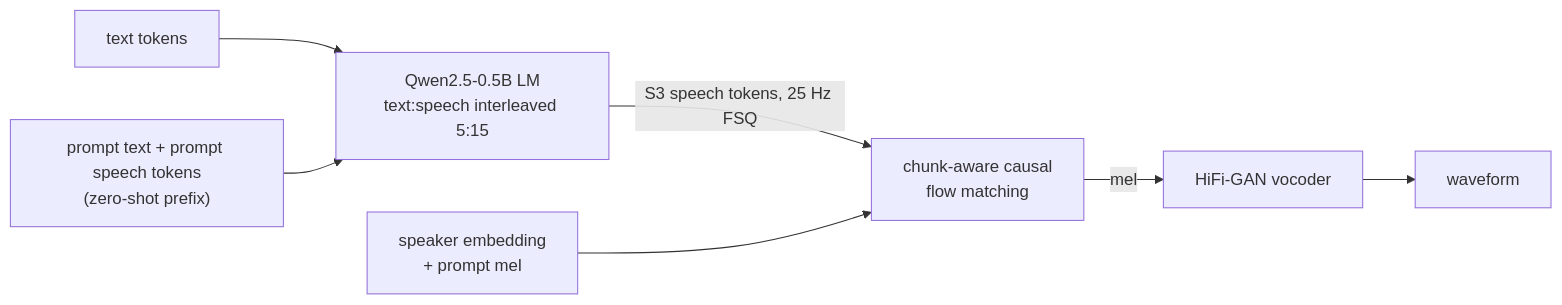
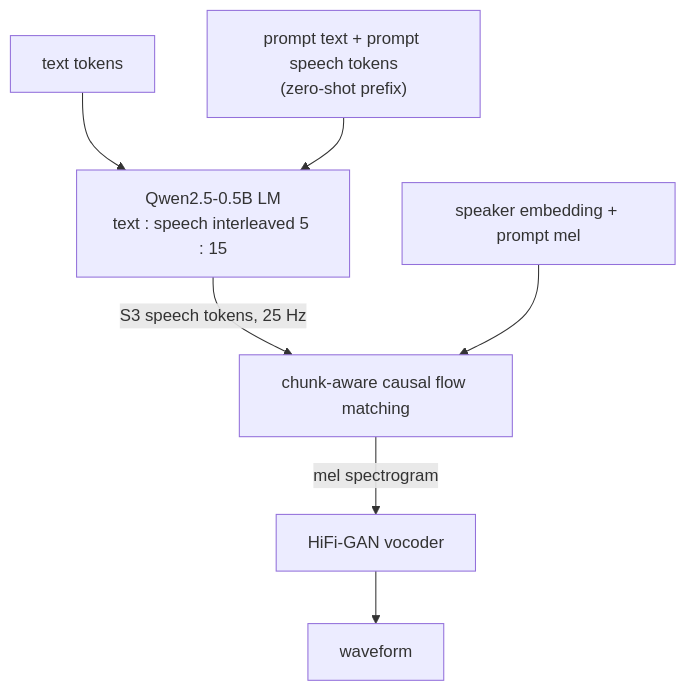
The third of 4 diagrams in Interview prep/Days/Day 07 - Seminar and speech basics.md (jayavardhan-g/projects-vault), drawn with Mermaid before and after one commit. The commit also changed other lines of this file and 12 other files, not shown here.

First line of the commit message:
projects: Days 2-14 "Code, explained": full-width top-to-bottom diagrams, a figure per section, and a step-by-step flow per day

````diff
--- a/Interview prep/Days/Day 07 - Seminar and speech basics.md
+++ b/Interview prep/Days/Day 07 - Seminar and speech basics.md
@@ -169,8 +183,9 @@
 ```mermaid
-flowchart LR
-  TXT["text tokens"] --> LM["Qwen2.5-0.5B LM<br/>text:speech interleaved 5:15"]
+flowchart TB
+  TXT["text tokens"] --> LM["Qwen2.5-0.5B LM<br/>text : speech interleaved 5 : 15"]
   PR["prompt text + prompt speech tokens<br/>(zero-shot prefix)"] --> LM
-  LM -->|"S3 speech tokens, 25 Hz FSQ"| FM["chunk-aware causal<br/>flow matching"]
-  SPK["speaker embedding<br/>+ prompt mel"] --> FM
-  FM -->|"mel"| VOC["HiFi-GAN vocoder"] --> WAV["waveform"]
+  LM -->|"S3 speech tokens, 25 Hz"| FM["chunk-aware causal flow matching"]
+  SPK["speaker embedding + prompt mel"] --> FM
+  FM -->|"mel spectrogram"| VOC["HiFi-GAN vocoder"]
+  VOC --> WAV["waveform"]
 ```
````
